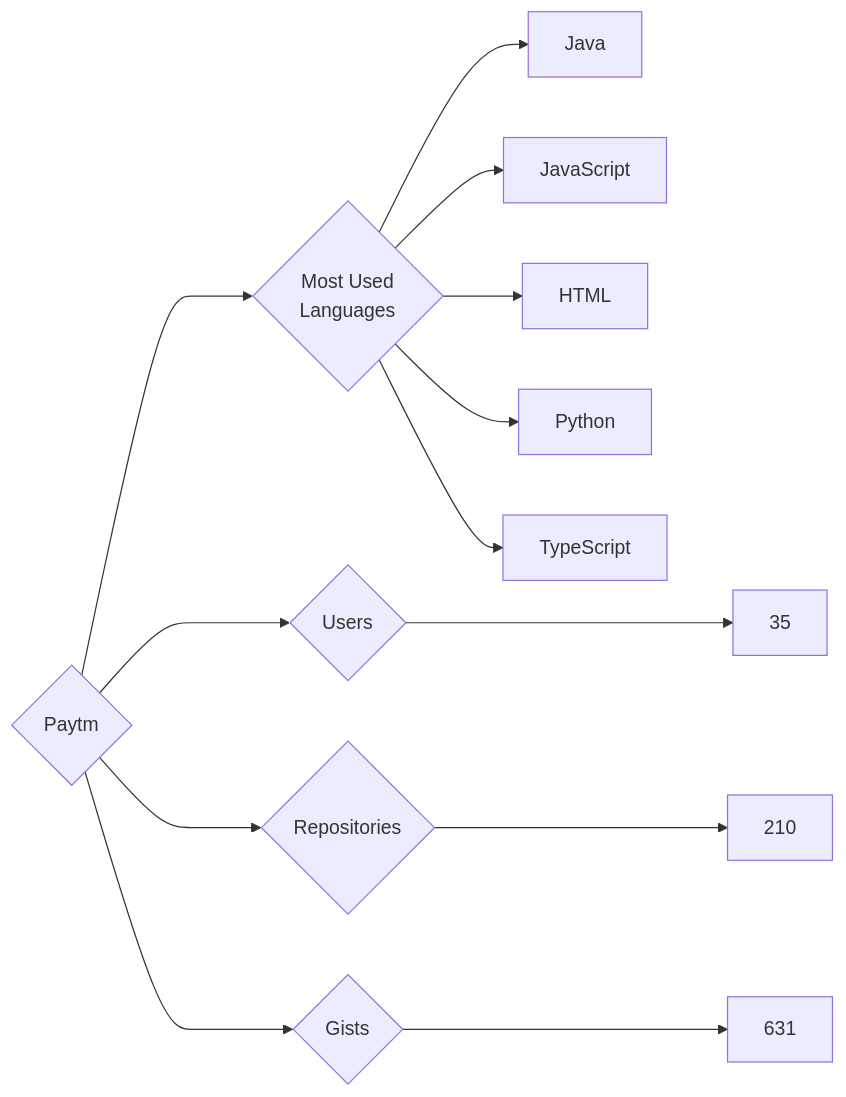
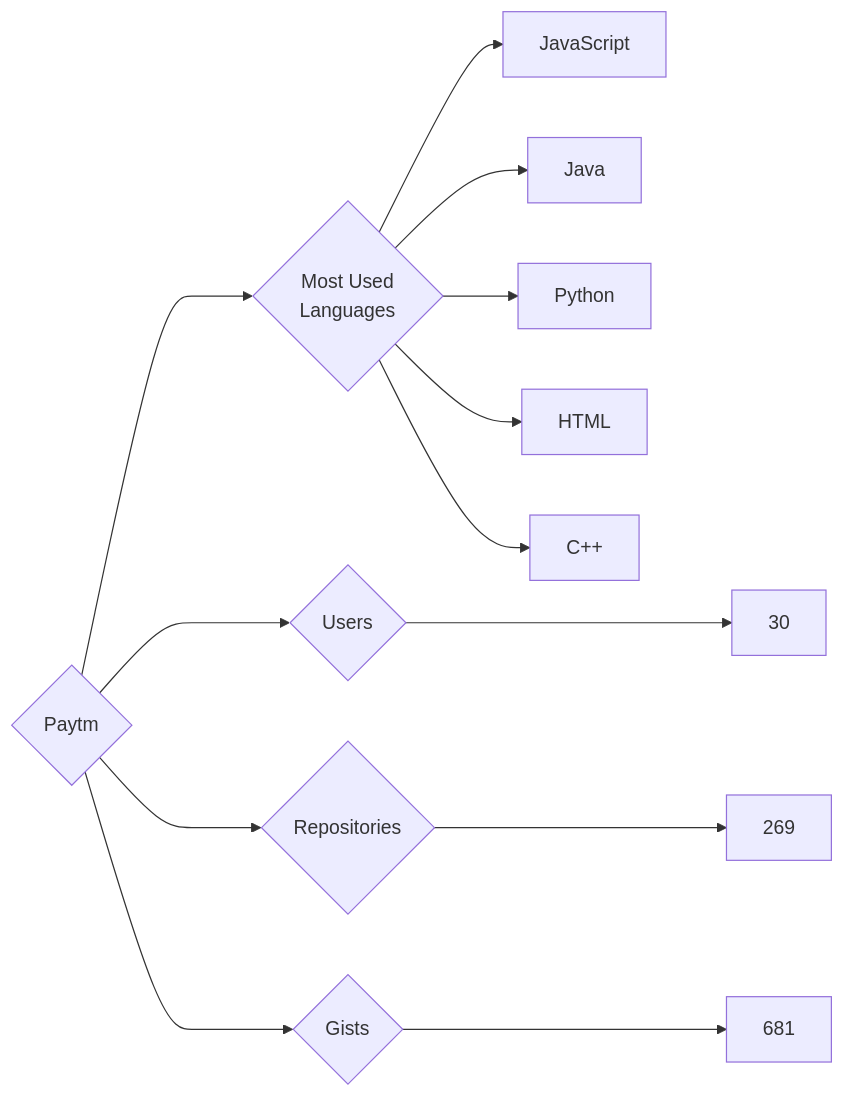
The diagram in targets/Paytm/README.md (trickest/insiders), drawn with Mermaid before and after one commit. The commit also changed 797 other files, not shown here.

````diff
--- a/targets/Paytm/README.md
+++ b/targets/Paytm/README.md
@@ -3,13 +3,13 @@
 ```mermaid
 graph LR
 COMPANY_NAME{Paytm}
-COMPANY_NAME ---> U{Users} ---> UN[35]
-COMPANY_NAME ---> R{Repositories} ---> RN[210]
-COMPANY_NAME ---> G{Gists} ---> GN[631]
+COMPANY_NAME ---> U{Users} ---> UN[30]
+COMPANY_NAME ---> R{Repositories} ---> RN[269]
+COMPANY_NAME ---> G{Gists} ---> GN[681]
 COMPANY_NAME ---> ML{Most Used<br>Languages}
+ML --> JavaScript[JavaScript]
 ML --> Java[Java]
-ML --> JavaScript[JavaScript]
+ML --> Python[Python]
 ML --> HTML[HTML]
-ML --> Python[Python]
-ML --> TypeScript[TypeScript]
+ML --> C++[C++]
 ```
````
